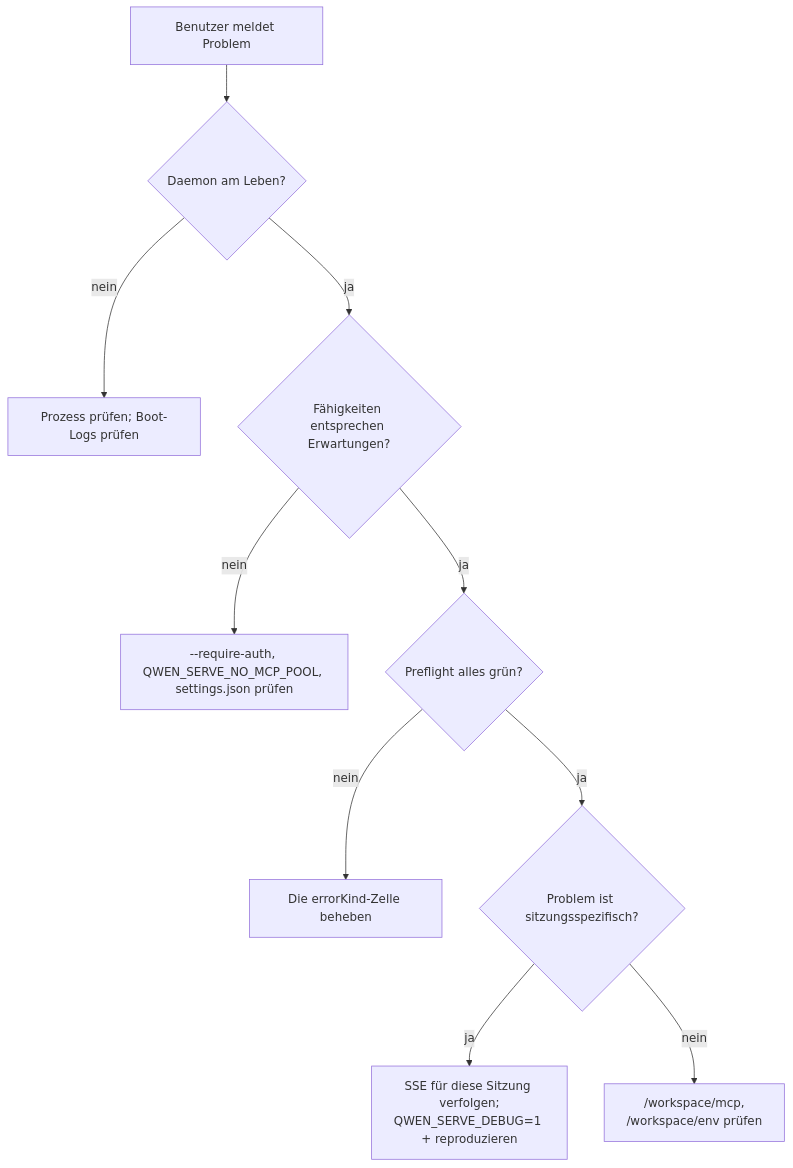
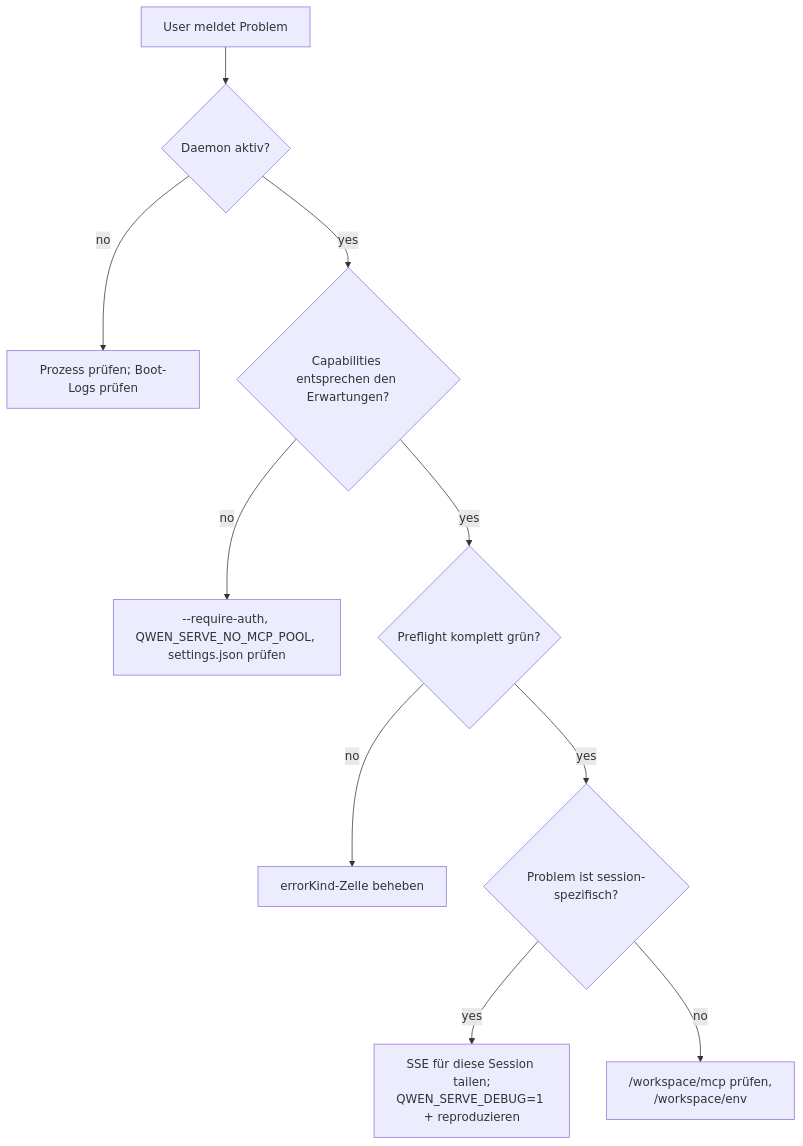
The diagram in website/content/de/developers/daemon/19-observability.md (QwenLM/qwen-code-docs), drawn with Mermaid before and after one commit. The commit also changed other lines of this file and 128 other files, not shown here.

````diff
--- a/website/content/de/developers/daemon/19-observability.md
+++ b/website/content/de/developers/daemon/19-observability.md
@@ -98,12 +127,12 @@
 ```mermaid
 flowchart TD
-    A[Benutzer meldet Problem] --> B{Daemon am Leben?}
-    B -->|nein| BD[Prozess prüfen; Boot-Logs prüfen]
-    B -->|ja| C{Fähigkeiten entsprechen Erwartungen?}
-    C -->|nein| CD["--require-auth, QWEN_SERVE_NO_MCP_POOL, settings.json prüfen"]
-    C -->|ja| D{Preflight alles grün?}
-    D -->|nein| DD["Die errorKind-Zelle beheben"]
-    D -->|ja| E{Problem ist sitzungsspezifisch?}
-    E -->|ja| ES["SSE für diese Sitzung verfolgen;<br/>QWEN_SERVE_DEBUG=1 + reproduzieren"]
-    E -->|nein| EW["/workspace/mcp,<br/>/workspace/env prüfen"]
+    A[User meldet Problem] --> B{Daemon aktiv?}
+    B -->|no| BD[Prozess prüfen; Boot-Logs prüfen]
+    B -->|yes| C{Capabilities entsprechen den Erwartungen?}
+    C -->|no| CD["--require-auth, QWEN_SERVE_NO_MCP_POOL, settings.json prüfen"]
+    C -->|yes| D{Preflight komplett grün?}
+    D -->|no| DD["errorKind-Zelle beheben"]
+    D -->|yes| E{Problem ist session-spezifisch?}
+    E -->|yes| ES["SSE für diese Session tailen;<br/>QWEN_SERVE_DEBUG=1 + reproduzieren"]
+    E -->|no| EW["/workspace/mcp prüfen,<br/>/workspace/env"]
 ```
````
